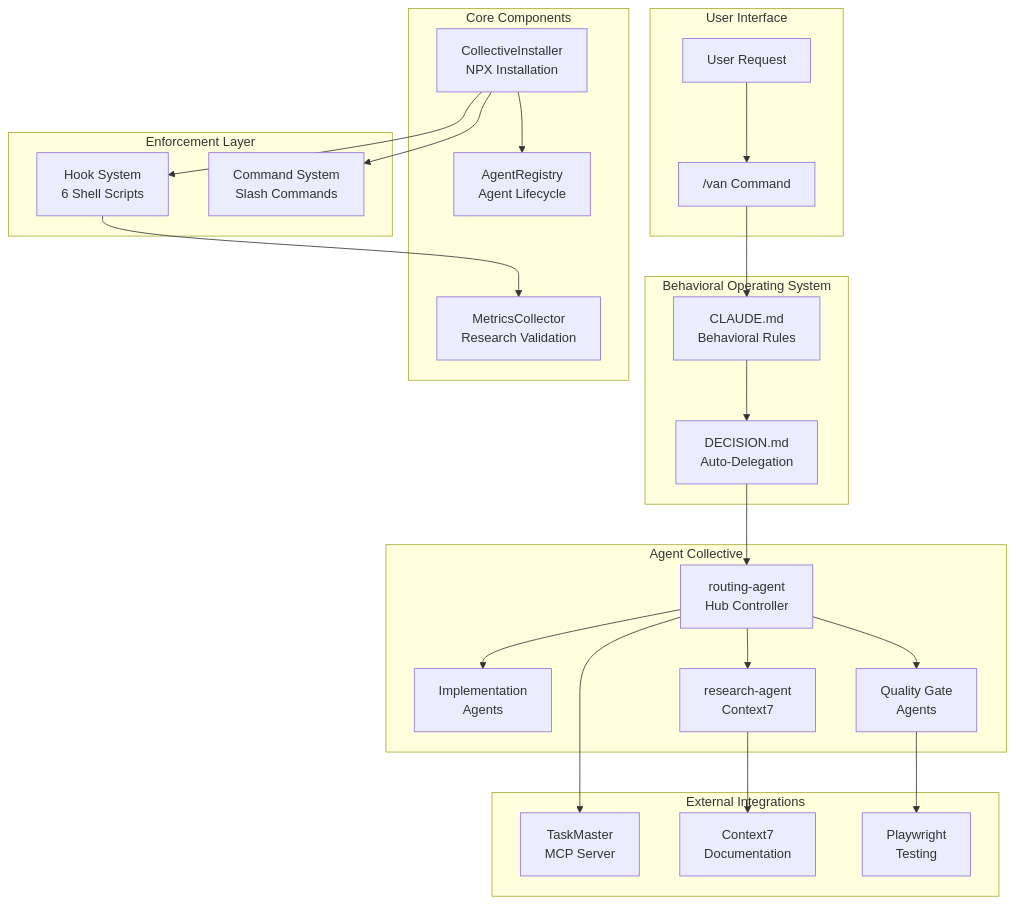
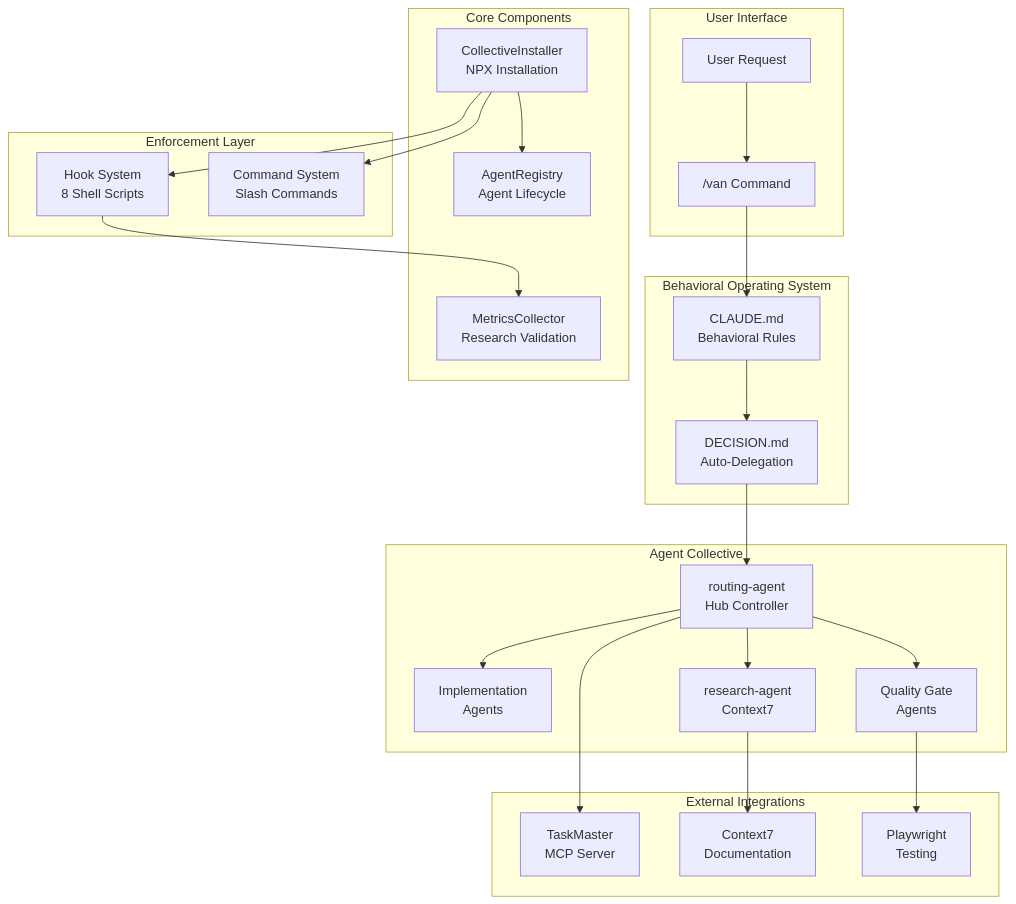
Before and after one commit to gkastanis/drupal-claude-code-sub-agent-collective: the first of 10 diagrams in docs/OVERVIEW.md, drawn with Mermaid. The commit also changed other lines of this file and 60 other files, not shown here.

````diff
--- a/docs/OVERVIEW.md
+++ b/docs/OVERVIEW.md
@@ -16,55 +16,55 @@
 ```mermaid
 graph TB
     subgraph "User Interface"
         USER[User Request]
         VAN["/van Command"]
     end
 
     subgraph "Behavioral Operating System"
         CLAUDE_MD[CLAUDE.md<br/>Behavioral Rules]
         DECISION[DECISION.md<br/>Auto-Delegation]
     end
 
     subgraph "Core Components"
         INSTALLER[CollectiveInstaller<br/>NPX Installation]
         REGISTRY[AgentRegistry<br/>Agent Lifecycle]
         METRICS[MetricsCollector<br/>Research Validation]
     end
 
     subgraph "Agent Collective"
         ROUTING[routing-agent<br/>Hub Controller]
         IMPL[Implementation<br/>Agents]
         QUALITY[Quality Gate<br/>Agents]
         RESEARCH[research-agent<br/>Context7]
     end
 
     subgraph "Enforcement Layer"
-        HOOKS[Hook System<br/>6 Shell Scripts]
+        HOOKS[Hook System<br/>8 Shell Scripts]
         COMMANDS[Command System<br/>Slash Commands]
     end
 
     subgraph "External Integrations"
         TASKMASTER[TaskMaster<br/>MCP Server]
         CONTEXT7[Context7<br/>Documentation]
         PLAYWRIGHT[Playwright<br/>Testing]
     end
 
     USER --> VAN
     VAN --> CLAUDE_MD
     CLAUDE_MD --> DECISION
     DECISION --> ROUTING
 
     INSTALLER --> REGISTRY
     INSTALLER --> HOOKS
     INSTALLER --> COMMANDS
 
     ROUTING --> IMPL
     ROUTING --> QUALITY
     ROUTING --> RESEARCH
 
     HOOKS --> METRICS
 
     RESEARCH --> CONTEXT7
     ROUTING --> TASKMASTER
     QUALITY --> PLAYWRIGHT
 ```
````
